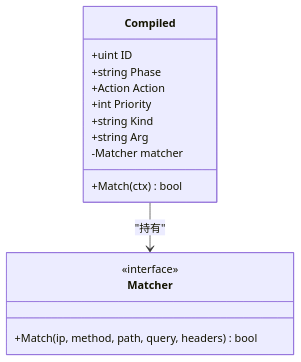
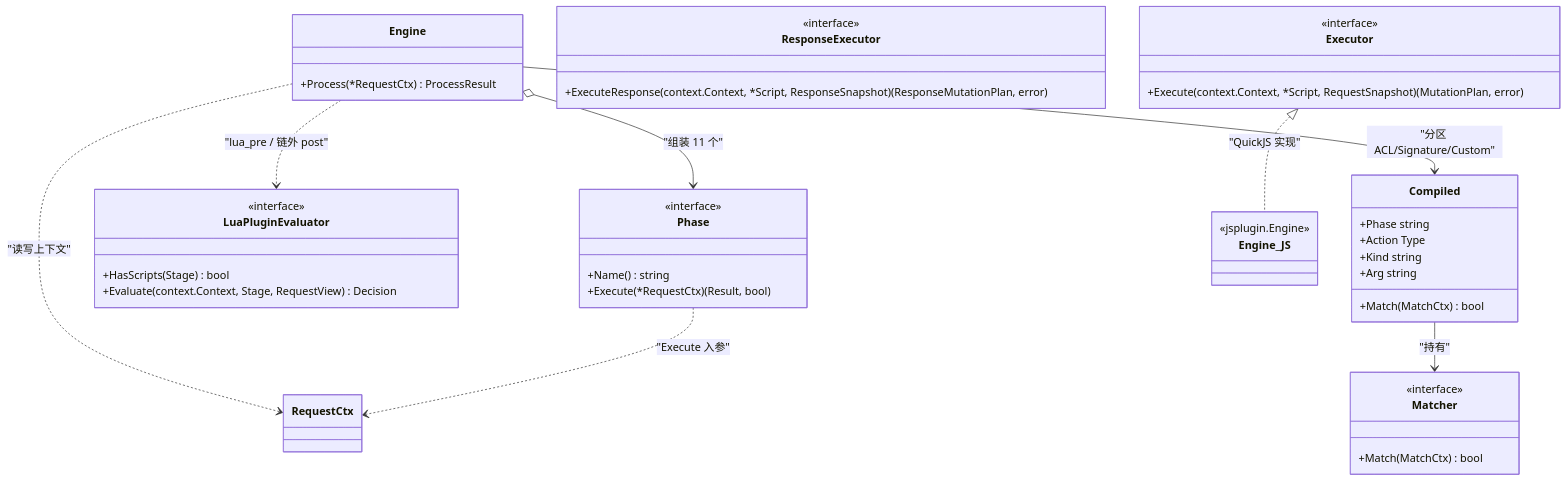
Before and after one commit to x01n/My-OpenWaf: the second of 5 diagrams in docs/扩展与插件系统/规则引擎扩展/规则引擎扩展.md, drawn with Mermaid. The commit also changed other lines of this file and 622 other files, not shown here.

````diff
--- a/docs/扩展与插件系统/规则引擎扩展/规则引擎扩展.md
+++ b/docs/扩展与插件系统/规则引擎扩展/规则引擎扩展.md
@@ -147,18 +173,46 @@
 ```mermaid
 classDiagram
-class Compiled {
-+uint ID
-+string Phase
-+Action Action
-+int Priority
-+string Kind
-+string Arg
--Matcher matcher
-+Match(ctx) bool
+class Phase {
+<<interface>>
++Name() string
++Execute(*RequestCtx) (Result, bool)
 }
 class Matcher {
 <<interface>>
-+Match(ip, method, path, query, headers) bool
++Match(MatchCtx) bool
 }
+class LuaPluginEvaluator {
+<<interface>>
++HasScripts(Stage) bool
++Evaluate(context.Context, Stage, RequestView) Decision
+}
+class Executor {
+<<interface>>
++Execute(context.Context, *Script, RequestSnapshot) (MutationPlan, error)
+}
+class ResponseExecutor {
+<<interface>>
++ExecuteResponse(context.Context, *Script, ResponseSnapshot) (ResponseMutationPlan, error)
+}
+class Compiled {
++Phase string
++Action Type
++Kind string
++Arg string
++Match(MatchCtx) bool
+}
+class RequestCtx
+class Engine {
++Process(*RequestCtx) ProcessResult
+}
+Engine o--> Phase : "组装 11 个"
+Engine --> Compiled : "分区 ACL/Signature/Custom"
 Compiled --> Matcher : "持有"
+Engine ..> LuaPluginEvaluator : "lua_pre / 链外 post"
+Engine ..> RequestCtx : "读写上下文"
+Phase ..> RequestCtx : "Execute 入参"
+Executor <|.. Engine_JS : "QuickJS 实现"
+class Engine_JS {
+<<jsplugin.Engine>>
+}
 ```
````
